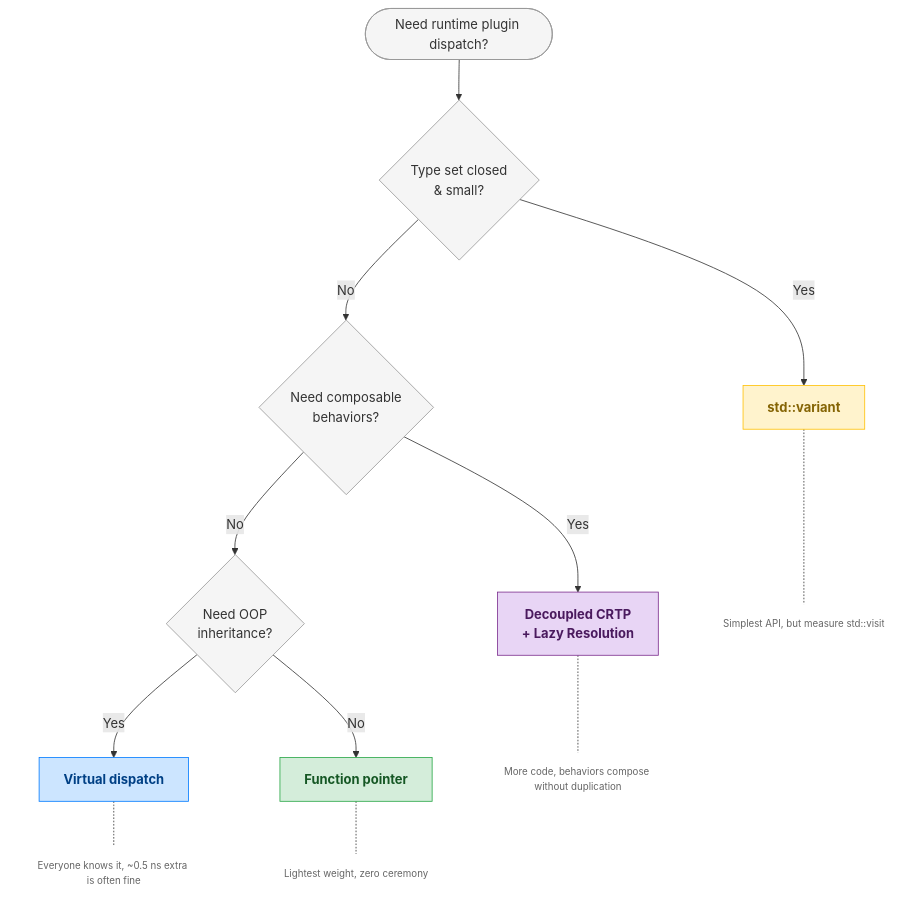
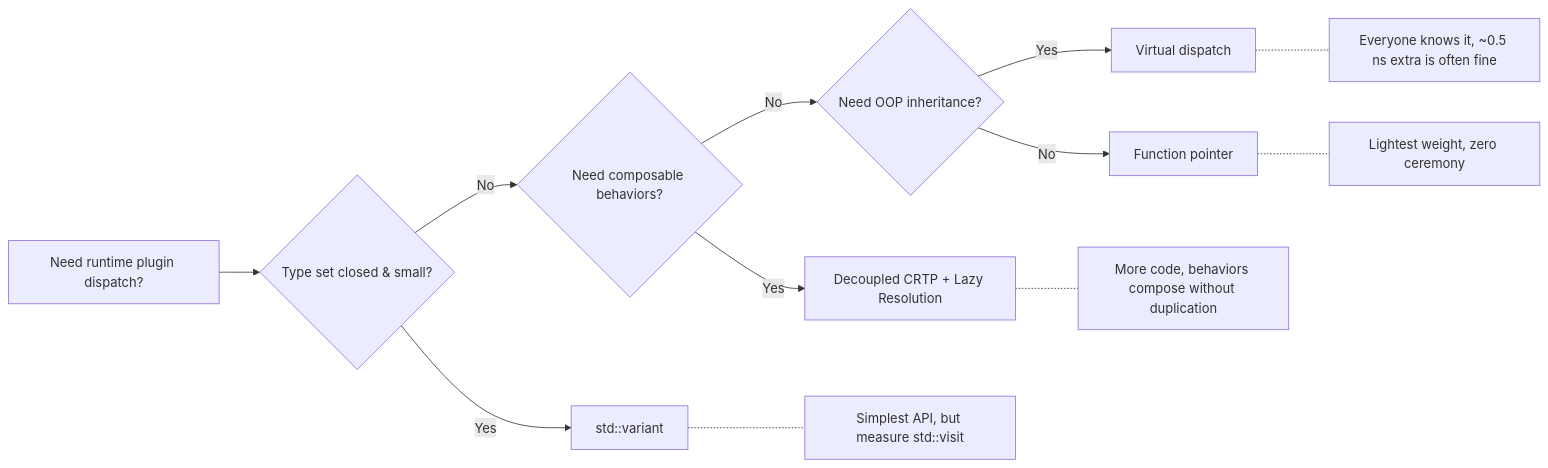
One commit to Shubhankar-Gambhir/Shubhankar-Gambhir.github.io changed the diagram in _posts/2026-05-07-four-ways-to-dispatch-a-runtime-selected-strategy-in-cpp.md. Above: the diagram before and after it, drawn with Mermaid.

Commit message:
Switch Decision Framework flowchart to left-to-right layout
Reverted color styling, changed to LR flow for cleaner arrow alignment.

````diff
--- a/_posts/2026-05-07-four-ways-to-dispatch-a-runtime-selected-strategy-in-cpp.md
+++ b/_posts/2026-05-07-four-ways-to-dispatch-a-runtime-selected-strategy-in-cpp.md
@@ -271,22 +271,15 @@
 ```mermaid
-flowchart TD
-    A(["Need runtime plugin dispatch?"]):::decision --> B{"Type set closed\n& small?"}:::decision
-    B -- Yes --> C["std::variant"]:::variant
-    B -- No --> D{"Need composable\nbehaviors?"}:::decision
-    D -- No --> E{"Need OOP\ninheritance?"}:::decision
-    D -- Yes --> F["Decoupled CRTP\n+ Lazy Resolution"]:::crtp
-    E -- Yes --> G["Virtual dispatch"]:::virtual
-    E -- No --> H["Function pointer"]:::fnptr
+flowchart LR
+    A[Need runtime plugin dispatch?] --> B{Type set closed & small?}
+    B -- Yes --> C[std::variant]
+    B -- No --> D{Need composable behaviors?}
+    D -- Yes --> F[Decoupled CRTP + Lazy Resolution]
+    D -- No --> E{Need OOP inheritance?}
+    E -- Yes --> G[Virtual dispatch]
+    E -- No --> H[Function pointer]
 
-    C -.- C1["Simplest API, but measure std::visit"]:::note
-    F -.- F1["More code, behaviors compose without duplication"]:::note
-    G -.- G1["Everyone knows it, ~0.5 ns extra is often fine"]:::note
-    H -.- H1["Lightest weight, zero ceremony"]:::note
-
-    classDef decision fill:#f5f5f5,stroke:#999,color:#333
-    classDef fnptr fill:#d4edda,stroke:#28a745,color:#155724,font-weight:bold
-    classDef virtual fill:#cce5ff,stroke:#007bff,color:#004085,font-weight:bold
-    classDef variant fill:#fff3cd,stroke:#ffc107,color:#856404,font-weight:bold
-    classDef crtp fill:#e8d5f5,stroke:#7b2d8e,color:#4a1a5e,font-weight:bold
-    classDef note fill:none,stroke:none,color:#666,font-size:12px
+    C -.- C1["Simplest API, but measure std::visit"]
+    F -.- F1["More code, behaviors compose without duplication"]
+    G -.- G1["Everyone knows it, ~0.5 ns extra is often fine"]
+    H -.- H1["Lightest weight, zero ceremony"]
 ```
````
